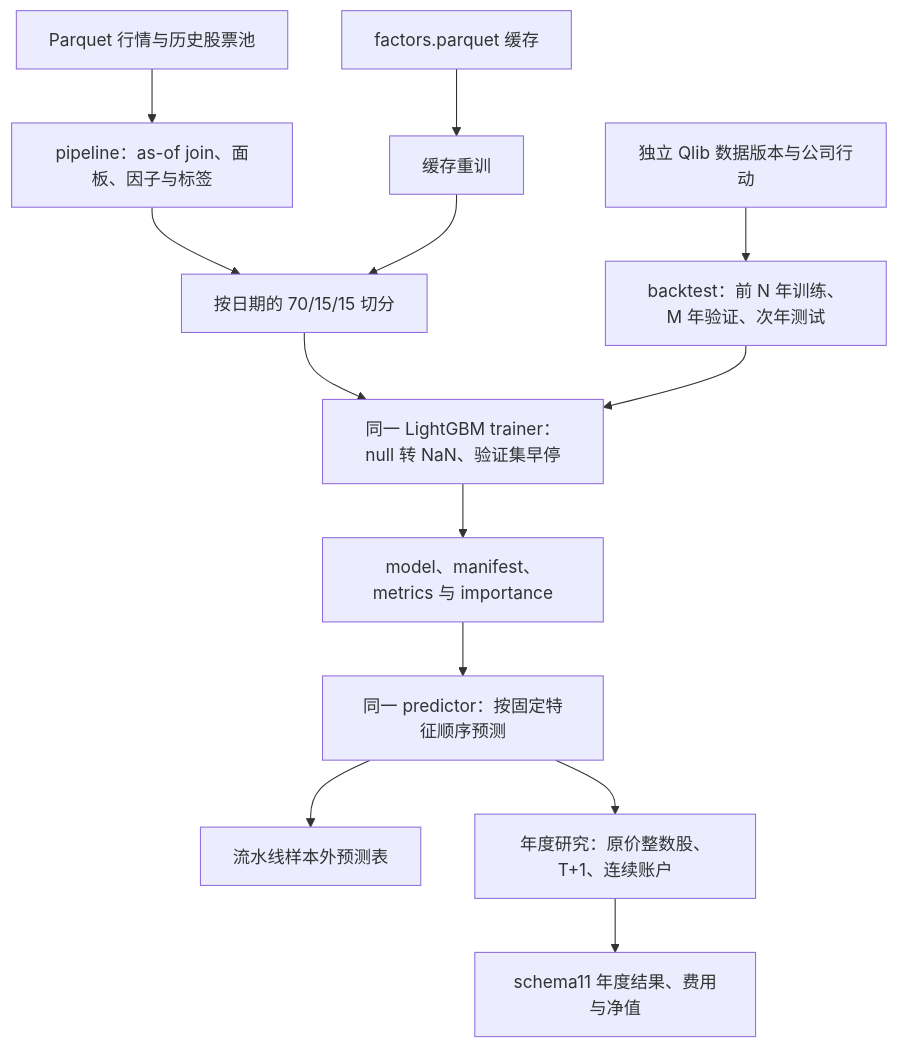
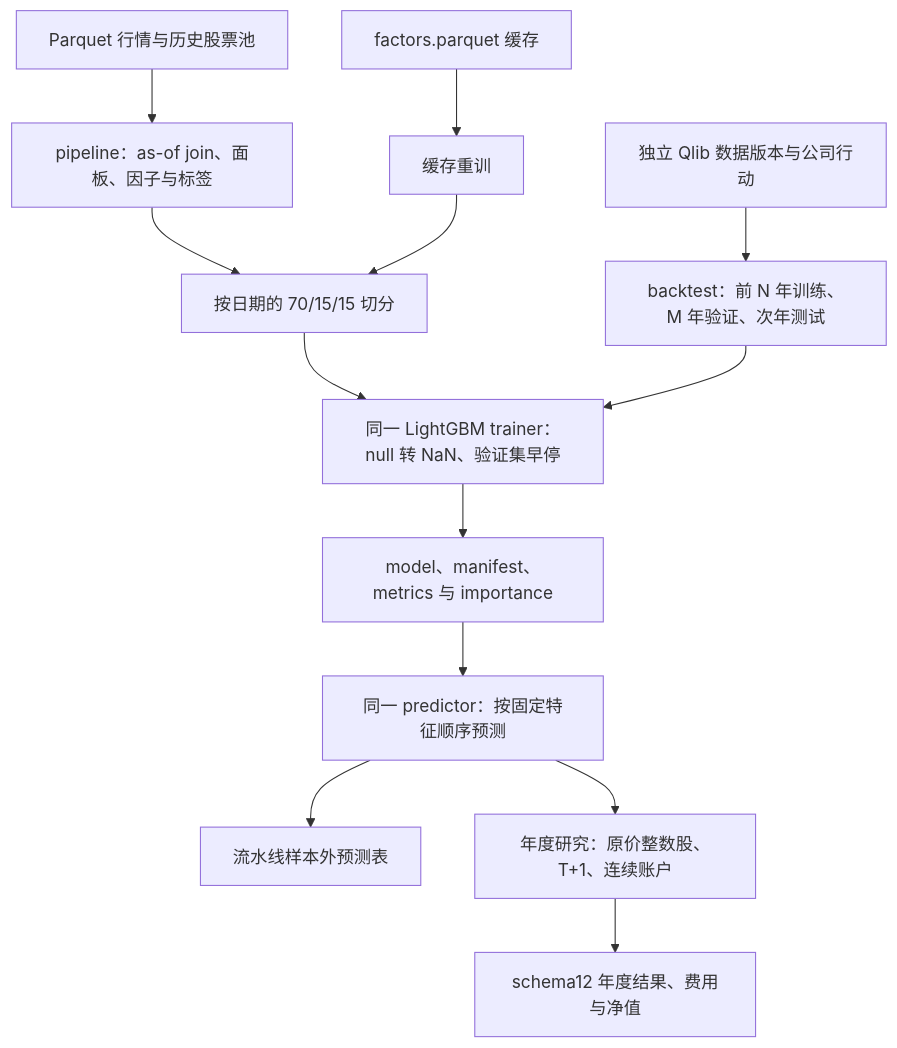
One commit to Dennishaha/JFQuant changed the first of 4 diagrams in crates/ml/src/README.md. Above: the diagram before and after it, drawn with Mermaid. The commit also changed other lines of this file and 77 other files, not shown here.

````diff
--- a/crates/ml/src/README.md
+++ b/crates/ml/src/README.md
@@ -16,15 +16,15 @@
 ```mermaid
 flowchart TD
   PARQUET["Parquet 行情与历史股票池"] --> PIPE["pipeline：as-of join、面板、因子与标签"]
   PIPE --> SPLIT["按日期的 70/15/15 切分"]
   CACHE["factors.parquet 缓存"] --> RETRAIN["缓存重训"]
   RETRAIN --> SPLIT
   QLIB["独立 Qlib 数据版本与公司行动"] --> YEAR["backtest：前 N 年训练、M 年验证、次年测试"]
   SPLIT --> TRAIN["同一 LightGBM trainer：null 转 NaN、验证集早停"]
   YEAR --> TRAIN
   TRAIN --> MODEL["model、manifest、metrics 与 importance"]
   MODEL --> PRED["同一 predictor：按固定特征顺序预测"]
   PRED --> TABLE["流水线样本外预测表"]
   PRED --> LEDGER["年度研究：原价整数股、T+1、连续账户"]
-  LEDGER --> RESULT["schema11 年度结果、费用与净值"]
+  LEDGER --> RESULT["schema12 年度结果、费用与净值"]
 ```
````
